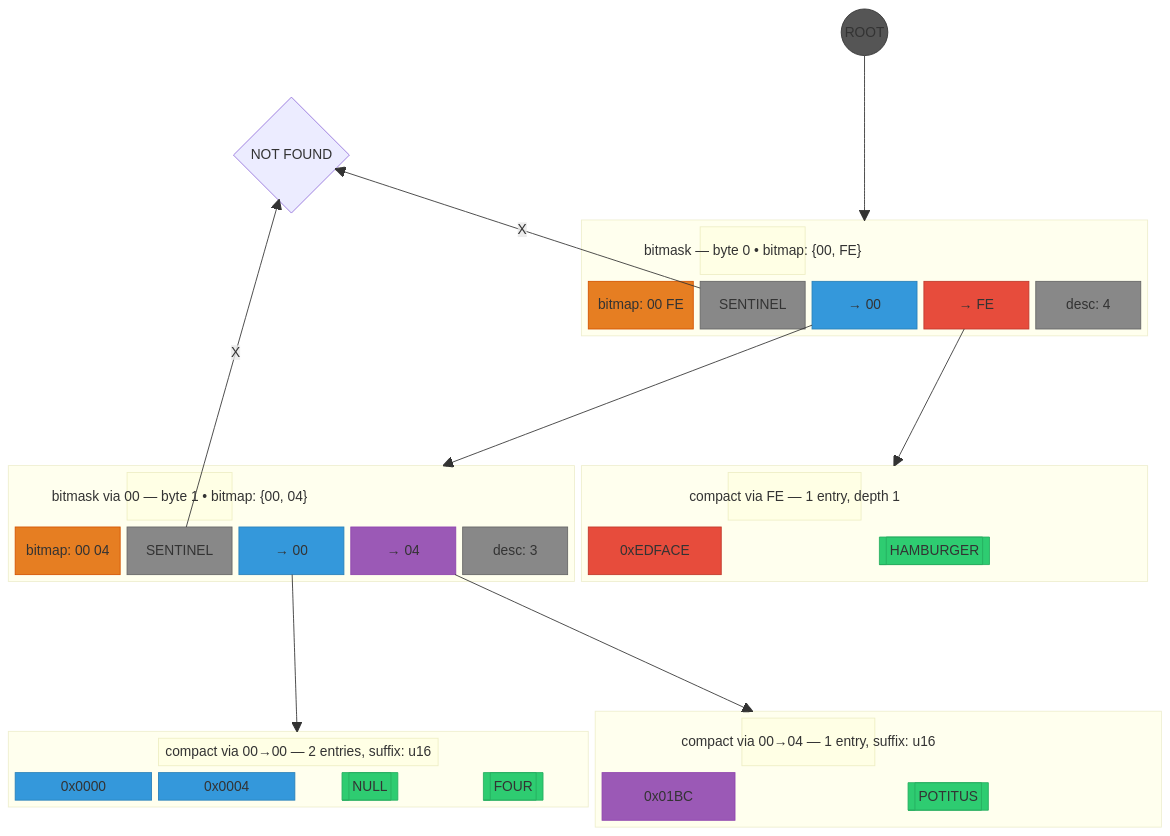
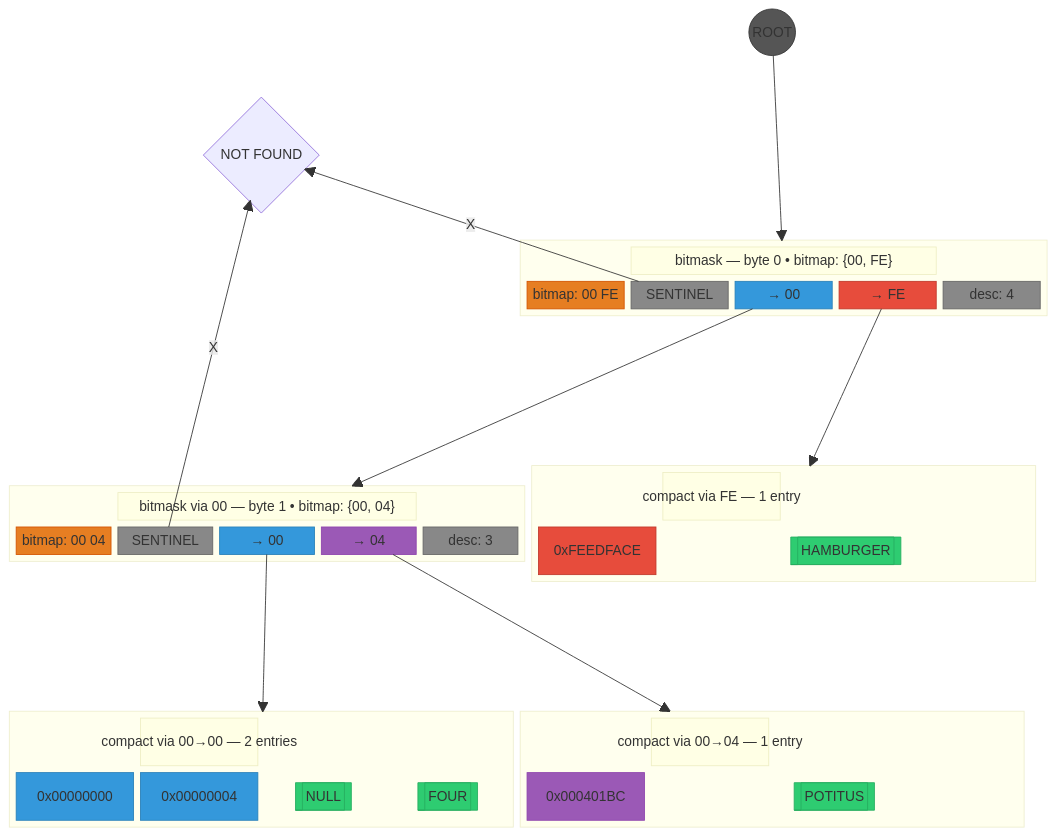
Diagram 12 of 21 in ktrie.md (glennteitelbaum/KTRIE), drawn with Mermaid before and after one commit. The commit also changed other lines of this file and 2 other files, not shown here.

```diff
--- a/ktrie.md
+++ b/ktrie.md
@@ -1345,11 +1501,11 @@
     block:CK_FE
       columns 4
       space
-      block:ckfe_title("compact via FE — 1 entry, depth 1"):2
+      block:ckfe_title("compact via FE — 1 entry"):2
         space
       end
       space
-      ckfe_k0["0xEDFACE"] space ckfe_V0[["HAMBURGER"]] space 
+      ckfe_k0["0xFEEDFACE"] space ckfe_V0[["HAMBURGER"]] space 
     end
 
     space:2
@@ -1357,21 +1513,21 @@
     block:CK_00
       columns 4
       space
-      block:ck00_title("compact via 00→00 — 2 entries, suffix: u16"):2
+      block:ck00_title("compact via 00→00 — 2 entries"):2
         space
       end
       space
-      ck00_k0["0x0000"] ck00_k1["0x0004"] ck00_V0[["NULL"]] ck00_V1[["FOUR"]]
+      ck00_k0["0x00000000"] ck00_k1["0x00000004"] ck00_V0[["NULL"]] ck00_V1[["FOUR"]]
     end
 
     block:CK_04
       columns 4
       space
-      block:ck04_title("compact via 00→04 — 1 entry, suffix: u16"):2
+      block:ck04_title("compact via 00→04 — 1 entry"):2
         space
       end
       space
-      ck04_k0["0x01BC"] space ck04_V0[["POTITUS"]] space
+      ck04_k0["0x000401BC"] space ck04_V0[["POTITUS"]] space
     end
 
   ROOT --> BM0
```
